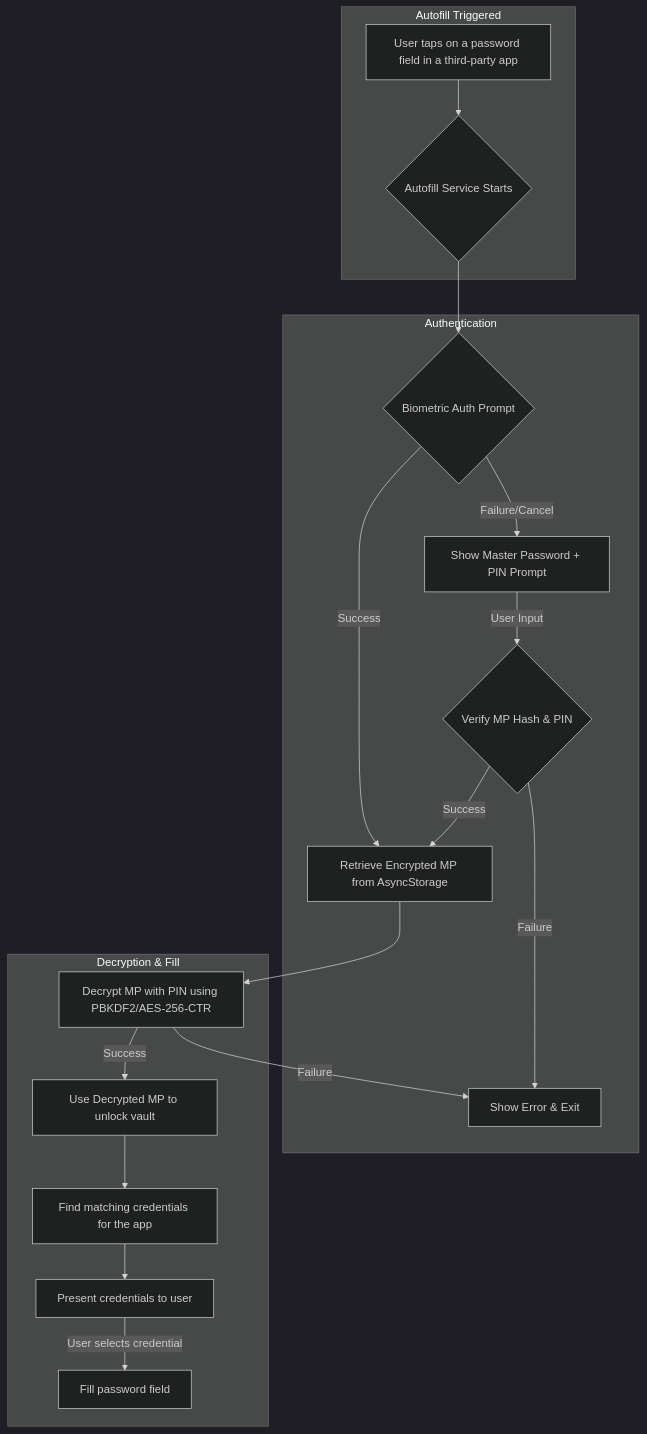
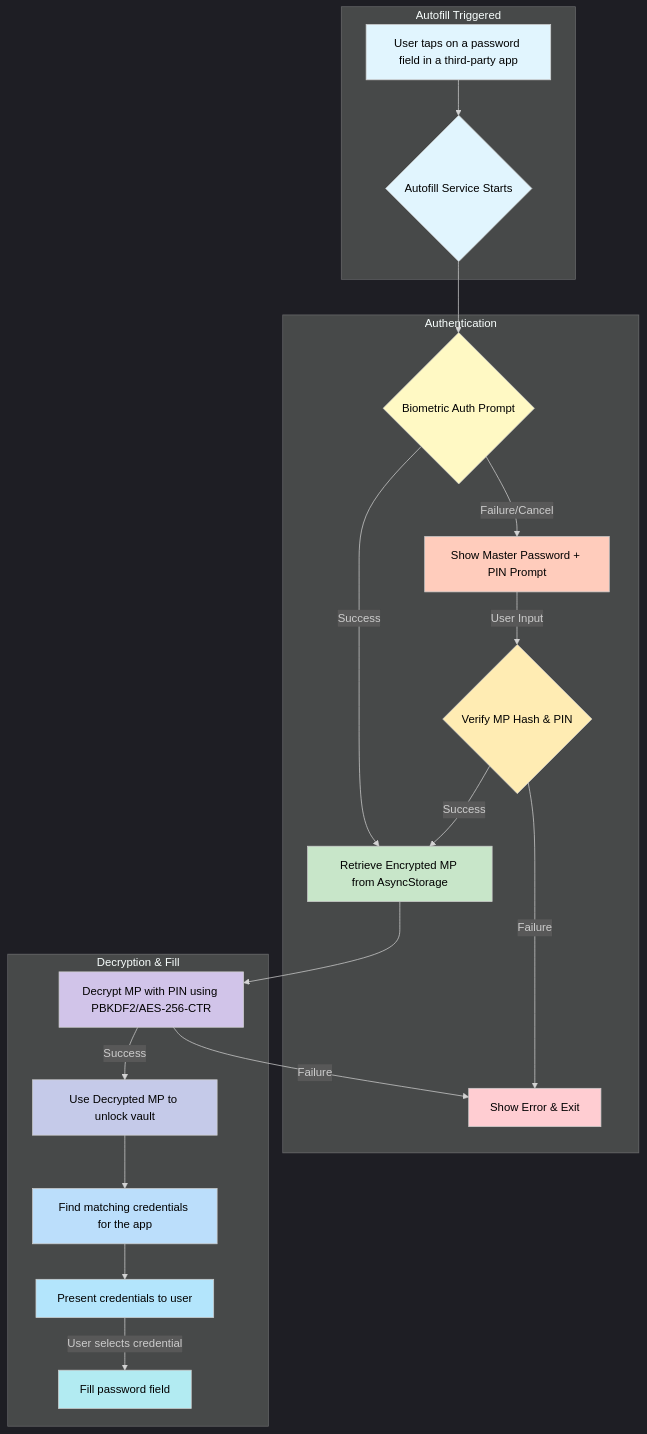
The fifth of 17 diagrams in PasswordEpic.md (TuPhung369/PasswordEpic), drawn with Mermaid before and after one commit. The commit also changed other lines of this file, not shown here.

````diff
--- a/PasswordEpic.md
+++ b/PasswordEpic.md
@@ -665,25 +678,39 @@
 ```mermaid
 %%{init: {'theme': 'dark'}}%%
 graph TD
     subgraph "Autofill Triggered"
         A[User taps on a password field in a third-party app] --> B{Autofill Service Starts};
     end
 
     subgraph "Authentication"
         B --> C{Biometric Auth Prompt};
         C -- Success --> D[Retrieve Encrypted MP from AsyncStorage];
         C -- Failure/Cancel --> E[Show Master Password + PIN Prompt];
         E -- User Input --> F{Verify MP Hash & PIN};
         F -- Success --> D;
         F -- Failure --> G[Show Error & Exit];
     end
 
     subgraph "Decryption & Fill"
       D --> H[Decrypt MP with PIN using PBKDF2/AES-256-CTR];
       H -- Success --> I[Use Decrypted MP to unlock vault];
       I --> J[Find matching credentials for the app];
       J --> K[Present credentials to user];
       K -- User selects credential --> L[Fill password field];
       H -- Failure --> G;
     end
+
+    %% Styling
+    style A fill:#E1F5FE,color:#000
+    style B fill:#E1F5FE,color:#000
+    style C fill:#FFF9C4,color:#000
+    style D fill:#C8E6C9,color:#000
+    style E fill:#FFCCBC,color:#000
+    style F fill:#FFECB3,color:#000
+    style G fill:#FFCDD2,color:#000
+    style H fill:#D1C4E9,color:#000
+    style I fill:#C5CAE9,color:#000
+    style J fill:#BBDEFB,color:#000
+    style K fill:#B3E5FC,color:#000
+    style L fill:#B2EBF2,color:#000
 ```
````
